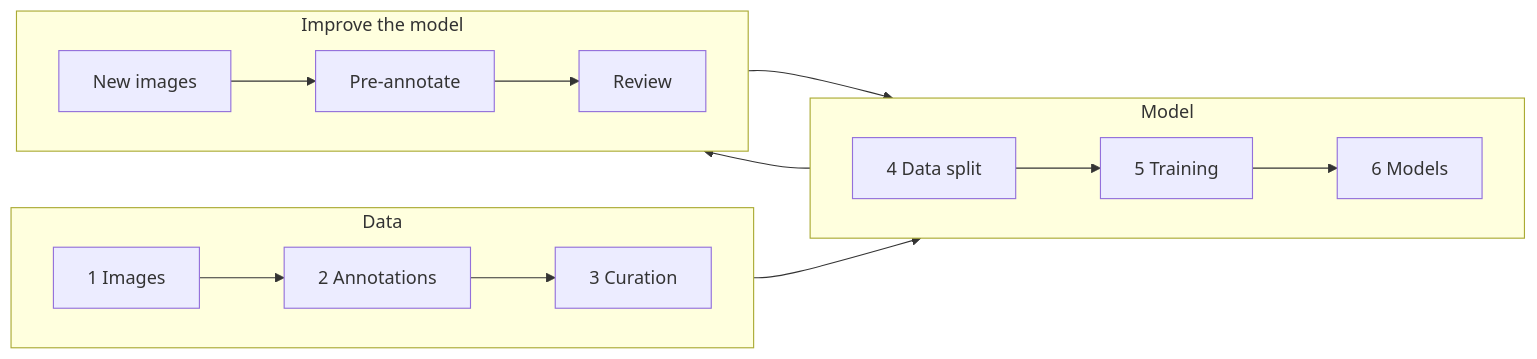
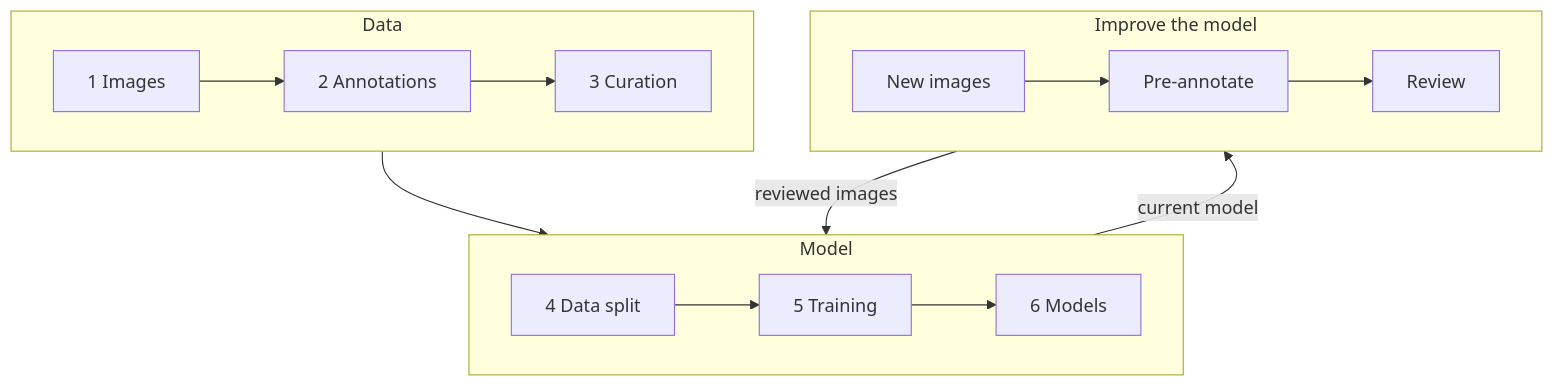
The diagram in README.md (karemdm/activelabel), drawn with Mermaid before and after one commit. The commit also changed other lines of this file and 2 other files, not shown here.

Commit message:
docs: stack the workflow diagrams vertically so their texts no longer shrink or cross

````diff
--- a/README.md
+++ b/README.md
@@ -11,18 +11,18 @@
 ```mermaid
-flowchart LR
+flowchart TB
   subgraph G1["Data"]
     direction LR
     A["1 Images"] --> B["2 Annotations"] --> C["3 Curation"]
   end
   subgraph G2["Model"]
     direction LR
     D["4 Data split"] --> E["5 Training"] --> F["6 Models"]
   end
   subgraph G3["Improve the model"]
     direction LR
     N["New images"] --> P["Pre-annotate"] --> R["Review"]
   end
-  C --> D
-  F --> P
-  R --> D
+  G1 --> G2
+  G2 -- "current model" --> G3
+  G3 -- "reviewed images" --> G2
 ```
````
